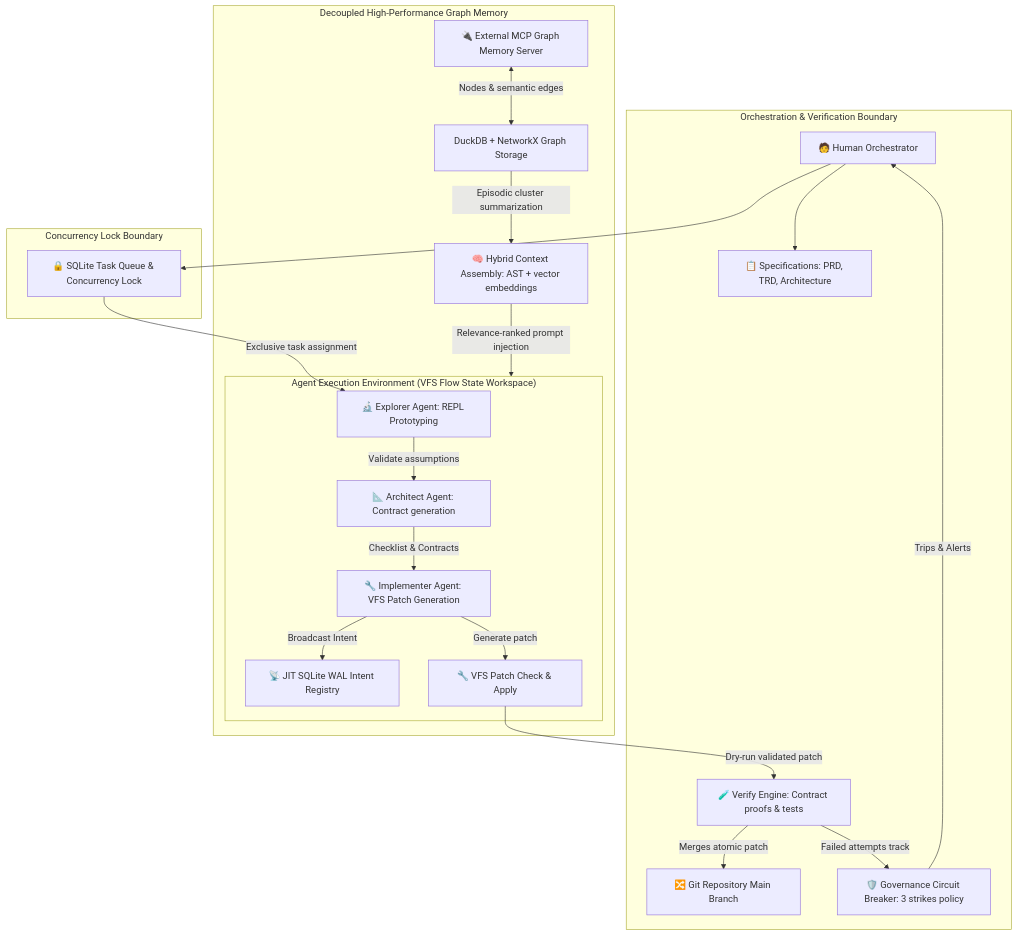
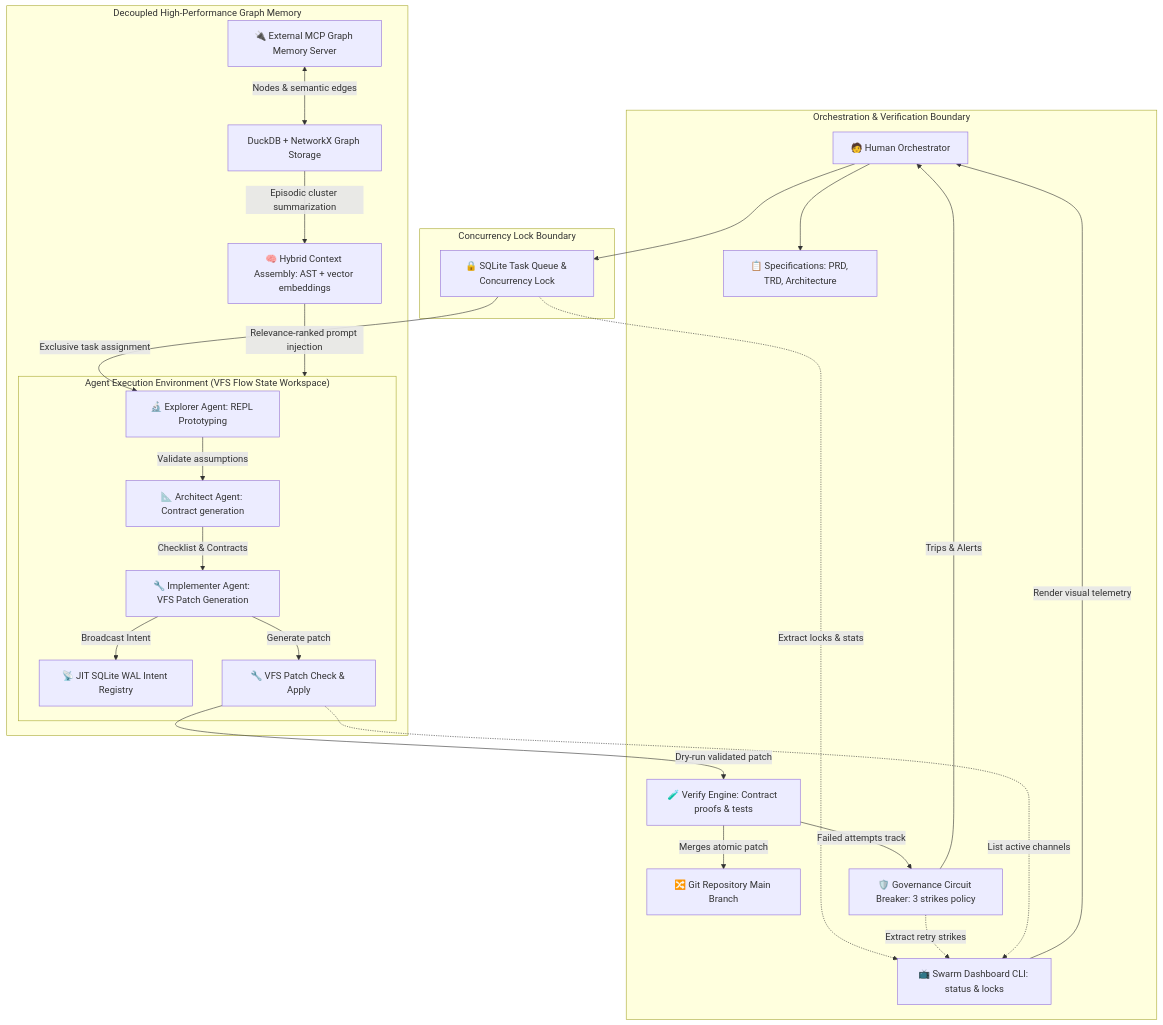
One commit to VINYASGM/antiskills changed the diagram in Architecture.md. Above: the diagram before and after it, drawn with Mermaid. The commit also changed other lines of this file and 13 other files, not shown here.

Commit message:
feat: implement Swarm Telemetry Dashboard, CLI integration, and comprehensive tests

````diff
--- a/Architecture.md
+++ b/Architecture.md
@@ -15,31 +16,35 @@
 ```mermaid
 graph TD
     subgraph ACE["Orchestration & Verification Boundary"]
         H["🧑 Human Orchestrator"]
         H --> SPEC["📋 Specifications: PRD, TRD, Architecture"]
         VERIFY["🧪 Verify Engine: Contract proofs & tests"] -->|Merges atomic patch| GIT_HEAD["🔀 Git Repository Main Branch"]
         GOV["🛡️ Governance Circuit Breaker: 3 strikes policy"] -->|Trips & Alerts| H
+        DASHBOARD["📺 Swarm Dashboard CLI: status & locks"] -->|Render visual telemetry| H
     end
 
     subgraph AEE["Agent Execution Environment (VFS Flow State Workspace)"]
         EXPLORER["🔬 Explorer Agent: REPL Prototyping"] -->|Validate assumptions| ARCHITECT["📐 Architect Agent: Contract generation"]
         ARCHITECT -->|Checklist & Contracts| IMPLEMENTER["🔧 Implementer Agent: VFS Patch Generation"]
         IMPLEMENTER -->|Broadcast Intent| INTENT["📡 JIT SQLite WAL Intent Registry"]
         IMPLEMENTER -->|Generate patch| PATCH["🔧 VFS Patch Check & Apply"]
         PATCH -->|Dry-run validated patch| VERIFY
     end
 
     subgraph MEM["Decoupled High-Performance Graph Memory"]
         MCP_GRAPH["🔌 External MCP Graph Memory Server"] <-->|Nodes & semantic edges| DUCK_NX["DuckDB + NetworkX Graph Storage"]
         DUCK_NX -->|Episodic cluster summarization| CONTEXT["🧠 Hybrid Context Assembly: AST + vector embeddings"]
         CONTEXT -->|Relevance-ranked prompt injection| AEE
     end
 
     subgraph TQ["Concurrency Lock Boundary"]
         DB_QUEUE["🔒 SQLite Task Queue & Concurrency Lock"]
     end
 
     H --> DB_QUEUE
     DB_QUEUE -->|Exclusive task assignment| EXPLORER
     VERIFY -->|Failed attempts track| GOV
+    DB_QUEUE -.->|Extract locks & stats| DASHBOARD
+    GOV -.->|Extract retry strikes| DASHBOARD
+    PATCH -.->|List active channels| DASHBOARD
 ```
````
